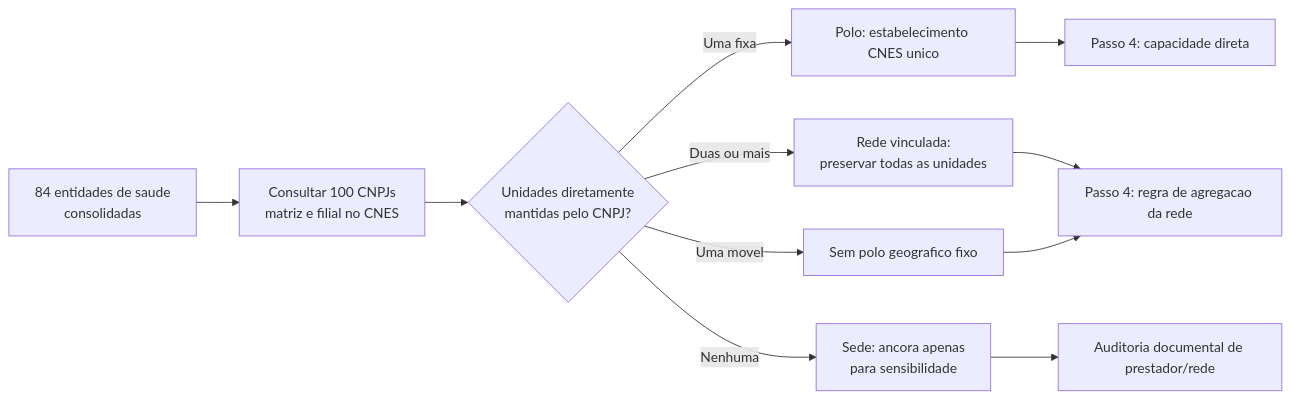
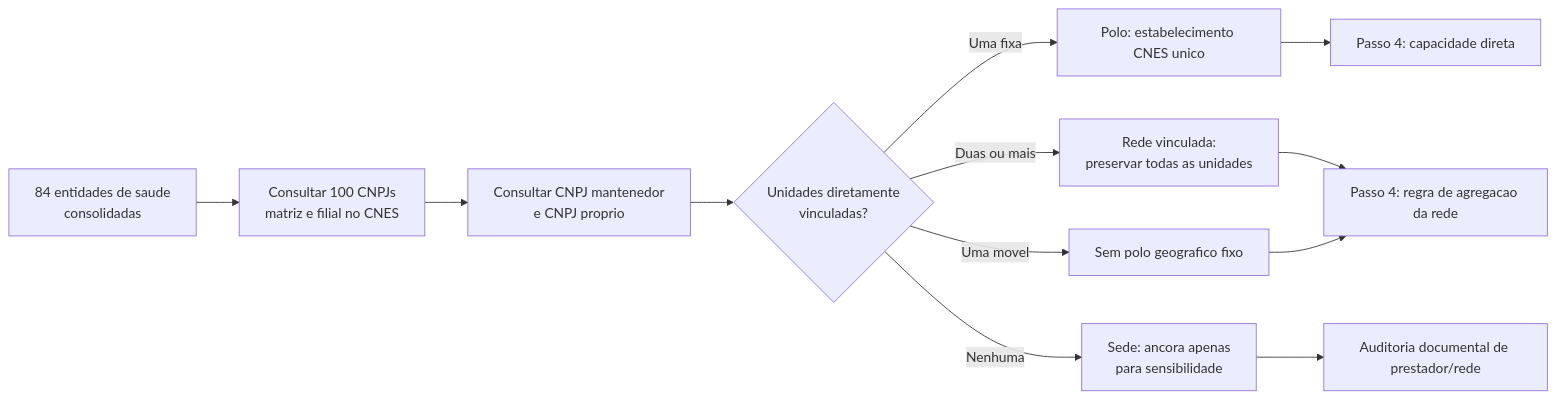
One commit to driano1221/consorcios-mg-dados-territorio changed the third of 7 diagrams in analises/modelo_gravitacional_saude/METODOLOGIA_GERAL.md. Above: the diagram before and after it, drawn with Mermaid. The commit also changed other lines of this file and 21 other files, not shown here.

````diff
--- a/analises/modelo_gravitacional_saude/METODOLOGIA_GERAL.md
+++ b/analises/modelo_gravitacional_saude/METODOLOGIA_GERAL.md
@@ -235,13 +237,14 @@
 ```mermaid
 flowchart LR
     A["84 entidades de saude<br/>consolidadas"] --> B["Consultar 100 CNPJs<br/>matriz e filial no CNES"]
-    B --> C{"Unidades diretamente<br/>mantidas pelo CNPJ?"}
-    C -->|"Uma fixa"| D["Polo: estabelecimento CNES unico"]
-    C -->|"Duas ou mais"| E["Rede vinculada:<br/>preservar todas as unidades"]
-    C -->|"Uma movel"| F["Sem polo geografico fixo"]
-    C -->|"Nenhuma"| G["Sede: ancora apenas<br/>para sensibilidade"]
-    D --> H["Passo 4: capacidade direta"]
-    E --> I["Passo 4: regra de agregacao da rede"]
-    F --> I
-    G --> J["Auditoria documental de prestador/rede"]
+    B --> C["Consultar CNPJ mantenedor<br/>e CNPJ proprio"]
+    C --> D{"Unidades diretamente<br/>vinculadas?"}
+    D -->|"Uma fixa"| E["Polo: estabelecimento CNES unico"]
+    D -->|"Duas ou mais"| F["Rede vinculada:<br/>preservar todas as unidades"]
+    D -->|"Uma movel"| G["Sem polo geografico fixo"]
+    D -->|"Nenhuma"| H["Sede: ancora apenas<br/>para sensibilidade"]
+    E --> I["Passo 4: capacidade direta"]
+    F --> J["Passo 4: regra de agregacao da rede"]
+    G --> J
+    H --> K["Auditoria documental de prestador/rede"]
 ```
````
